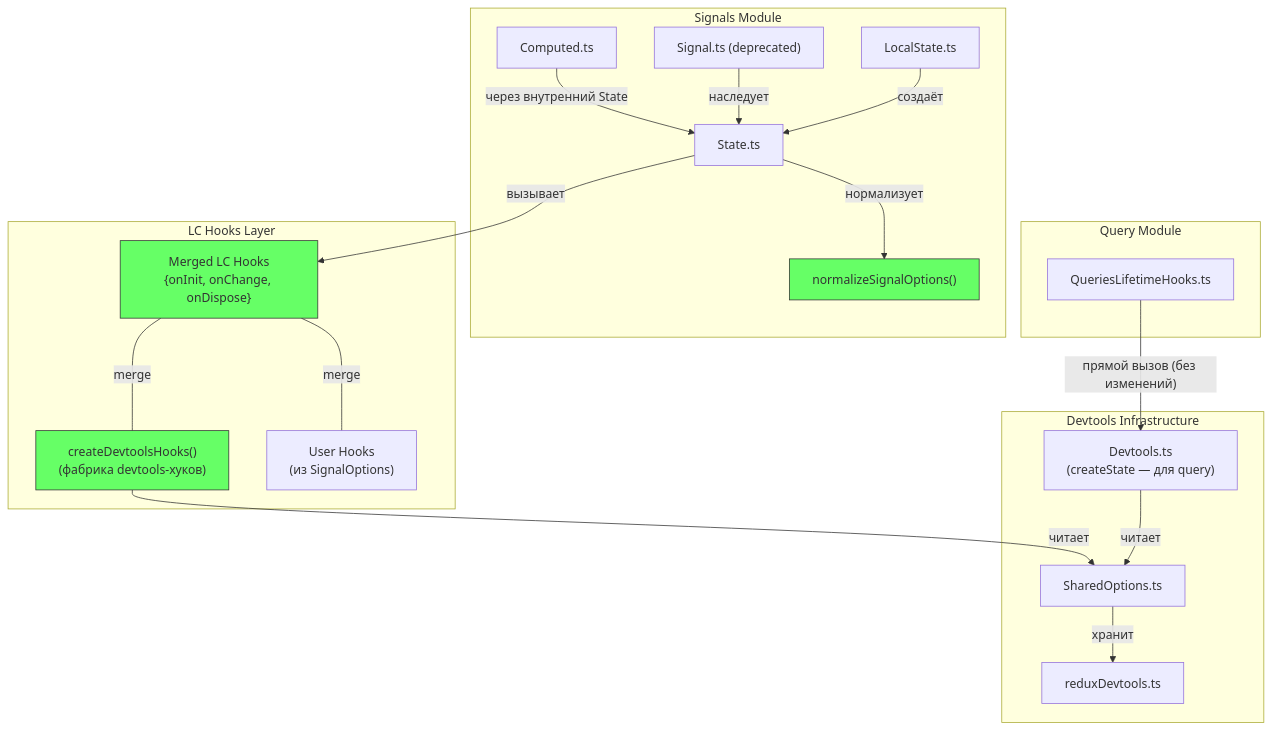
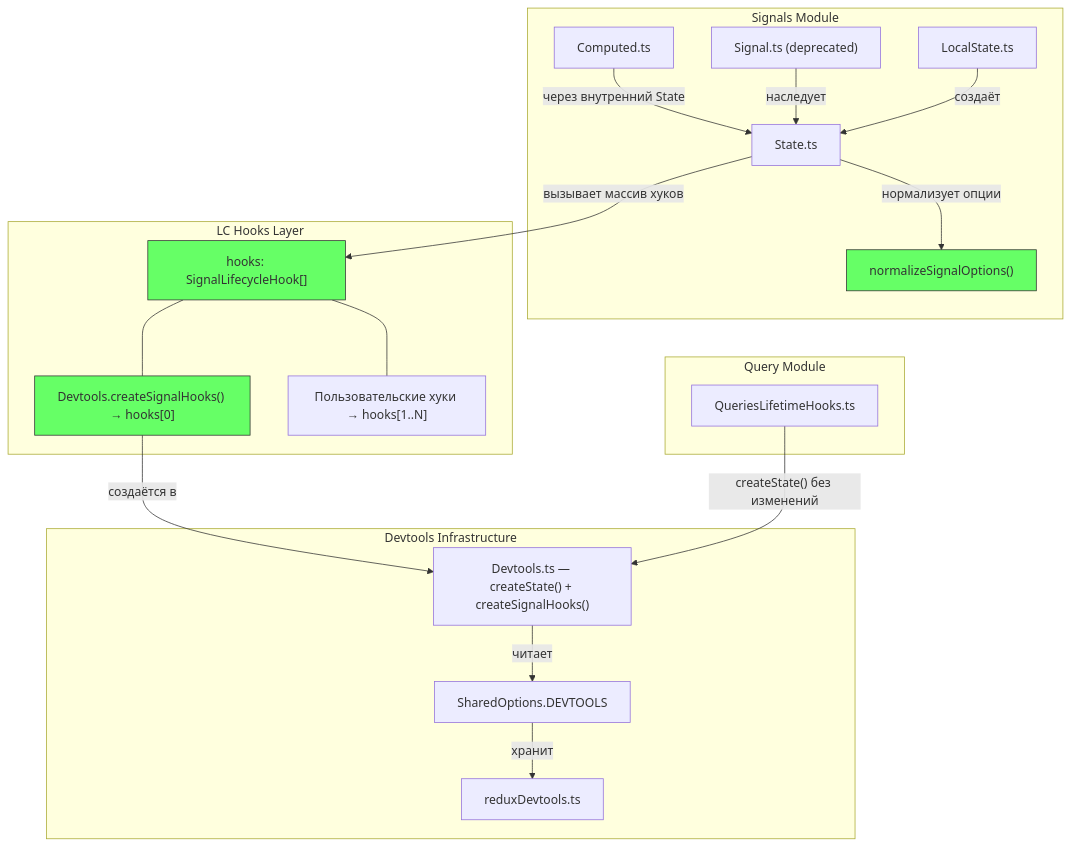
One commit to fozy-labs/rx-toolkit changed the second of 6 diagrams in .thoughts/2026-03-11_signal-devtools-lifecycle/02-design/01-architecture.md. Above: the diagram before and after it, drawn with Mermaid. The commit also changed other lines of this file and 9 other files, not shown here.

Commit message:
thoughts: add design for signal devtools lifecycle hooks

````diff
--- a/.thoughts/2026-03-11_signal-devtools-lifecycle/02-design/01-architecture.md
+++ b/.thoughts/2026-03-11_signal-devtools-lifecycle/02-design/01-architecture.md
@@ -57,42 +53,42 @@
 ```mermaid
 graph TD
     subgraph "Signals Module"
         State["State.ts"]
         Computed["Computed.ts"]
         Signal["Signal.ts (deprecated)"]
         LocalState["LocalState.ts"]
         NormUtil["normalizeSignalOptions()"]
     end
 
     subgraph "LC Hooks Layer"
-        MergedHooks["Merged LC Hooks<br/>{onInit, onChange, onDispose}"]
-        DevtoolsFactory["createDevtoolsHooks()<br/>(фабрика devtools-хуков)"]
-        UserHooks["User Hooks<br/>(из SignalOptions)"]
+        HooksArr["hooks: SignalLifecycleHook[]"]
+        DTHook["Devtools.createSignalHooks() → hooks[0]"]
+        UserHooks["Пользовательские хуки → hooks[1..N]"]
     end
 
     subgraph "Devtools Infrastructure"
-        DevtoolsBridge["Devtools.ts<br/>(createState — для query)"]
-        SharedOpts["SharedOptions.ts"]
+        DevtoolsBridge["Devtools.ts — createState() + createSignalHooks()"]
+        SharedOpts["SharedOptions.DEVTOOLS"]
         ReduxDT["reduxDevtools.ts"]
     end
 
     subgraph "Query Module"
         QueriesLH["QueriesLifetimeHooks.ts"]
     end
 
-    State -->|"вызывает"| MergedHooks
-    State -->|"нормализует"| NormUtil
+    State -->|"нормализует опции"| NormUtil
+    State -->|"вызывает массив хуков"| HooksArr
     Computed -->|"через внутренний State"| State
     Signal -->|"наследует"| State
     LocalState -->|"создаёт"| State
-    MergedHooks ---|"merge"| DevtoolsFactory
-    MergedHooks ---|"merge"| UserHooks
-    DevtoolsFactory -->|"читает"| SharedOpts
+    HooksArr --- DTHook
+    HooksArr --- UserHooks
+    DTHook -->|"создаётся в"| DevtoolsBridge
+    DevtoolsBridge -->|"читает"| SharedOpts
     SharedOpts -->|"хранит"| ReduxDT
-    QueriesLH -->|"прямой вызов (без изменений)"| DevtoolsBridge
-    DevtoolsBridge -->|"читает"| SharedOpts
+    QueriesLH -->|"createState() без изменений"| DevtoolsBridge
 
-    style MergedHooks fill:#6f6,stroke:#333
-    style DevtoolsFactory fill:#6f6,stroke:#333
+    style HooksArr fill:#6f6,stroke:#333
+    style DTHook fill:#6f6,stroke:#333
     style NormUtil fill:#6f6,stroke:#333
 ```
````
